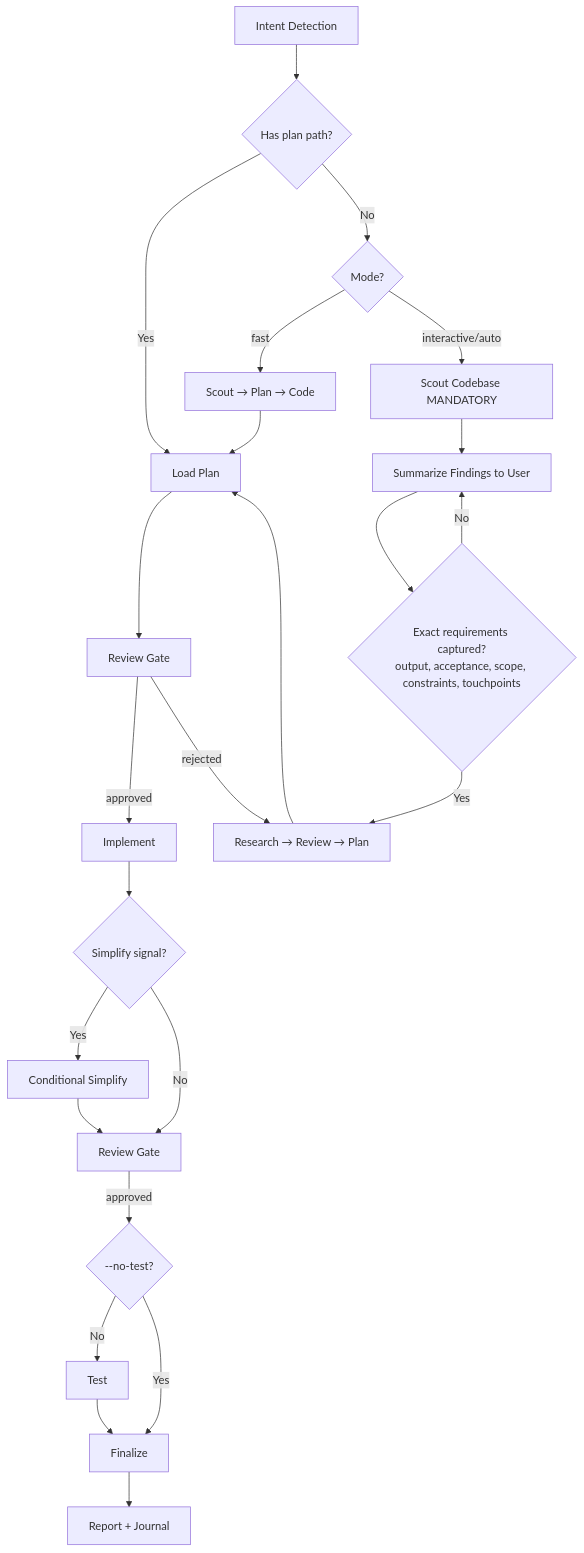
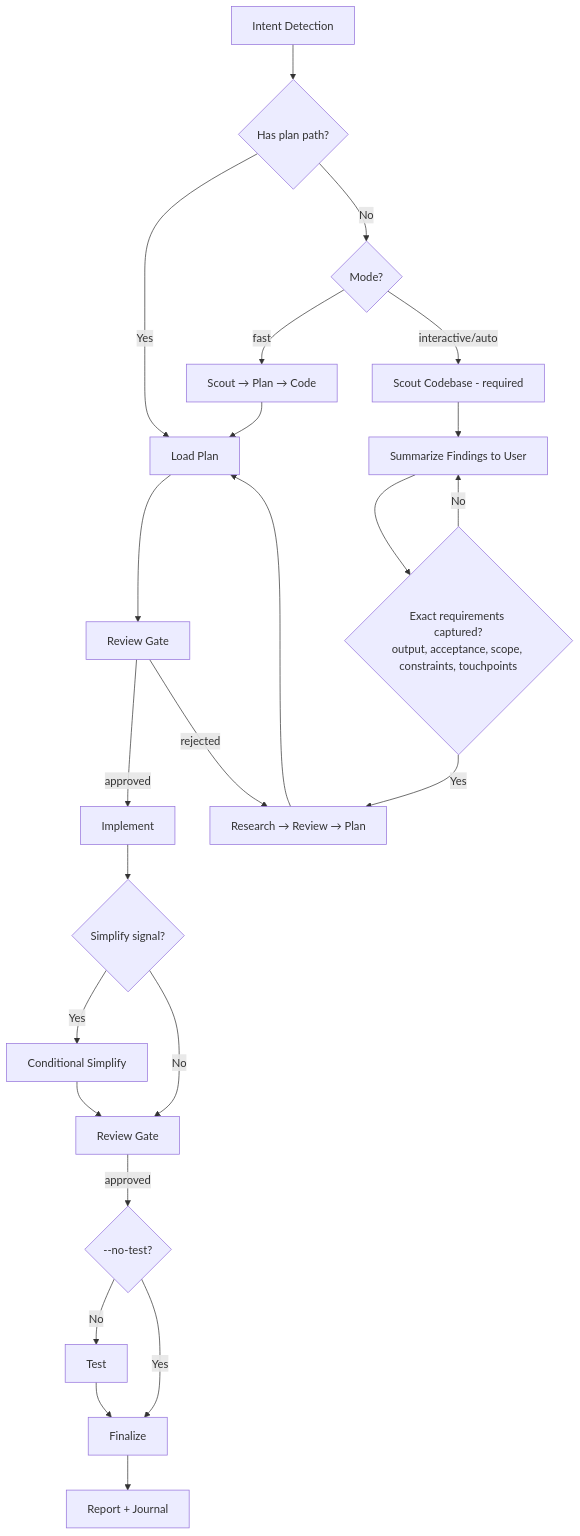
The diagram in claude/skills/cook/SKILL.md (duy-tung/claude-code-setup), drawn with Mermaid before and after one commit. The commit also changed other lines of this file and 8 other files, not shown here.

````diff
--- a/claude/skills/cook/SKILL.md
+++ b/claude/skills/cook/SKILL.md
@@ -127,26 +116,26 @@
 ```mermaid
 flowchart TD
     A[Intent Detection] --> B{Has plan path?}
     B -->|Yes| F[Load Plan]
     B -->|No| C{Mode?}
     C -->|fast| D[Scout → Plan → Code]
-    C -->|interactive/auto| SC[Scout Codebase MANDATORY]
+    C -->|interactive/auto| SC[Scout Codebase - required]
     SC --> SR[Summarize Findings to User]
     SR --> RQ{Exact requirements captured?<br/>output, acceptance, scope, constraints, touchpoints}
     RQ -->|No| SR
     RQ -->|Yes| E[Research → Review → Plan]
     E --> F
     D --> F
     F --> G[Review Gate]
     G -->|approved| H[Implement]
     G -->|rejected| E
     H --> H1{Simplify signal?}
     H1 -->|Yes| H2[Conditional Simplify]
     H1 -->|No| I[Review Gate]
     H2 --> I
     I -->|approved| J{--no-test?}
     J -->|No| K[Test]
     J -->|Yes| L[Finalize]
     K --> L
     L --> M[Report + Journal]
 ```
````
